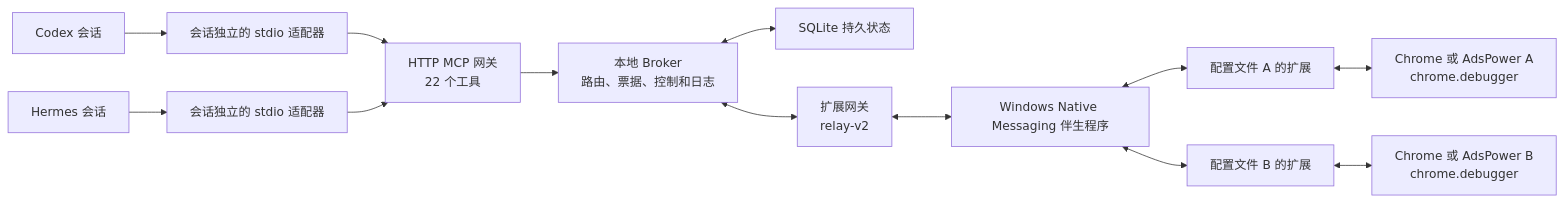
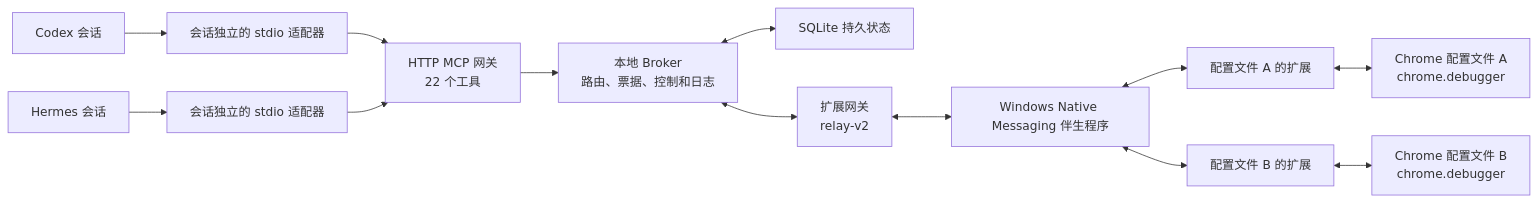
One commit to ohmyskyhigh/tabro changed the diagram in README.zh-CN.md. Above: the diagram before and after it, drawn with Mermaid. The commit also changed other lines of this file and 1 other file, not shown here.

Commit message:
docs: describe Tabro as standalone Chrome automation

````diff
--- a/README.zh-CN.md
+++ b/README.zh-CN.md
@@ -69,15 +69,15 @@
 ```mermaid
 flowchart LR
   C["Codex 会话"] --> A1["会话独立的 stdio 适配器"]
   H["Hermes 会话"] --> A2["会话独立的 stdio 适配器"]
   A1 --> M["HTTP MCP 网关\n22 个工具"]
   A2 --> M
   M --> B["本地 Broker\n路由、票据、控制和日志"]
   B <--> D["SQLite 持久状态"]
   B <--> G["扩展网关\nrelay-v2"]
   G <--> N["Windows Native Messaging 伴生程序"]
   N <--> E1["配置文件 A 的扩展"]
   N <--> E2["配置文件 B 的扩展"]
-  E1 <--> P1["Chrome 或 AdsPower A\nchrome.debugger"]
-  E2 <--> P2["Chrome 或 AdsPower B\nchrome.debugger"]
+  E1 <--> P1["Chrome 配置文件 A\nchrome.debugger"]
+  E2 <--> P2["Chrome 配置文件 B\nchrome.debugger"]
 ```
````
